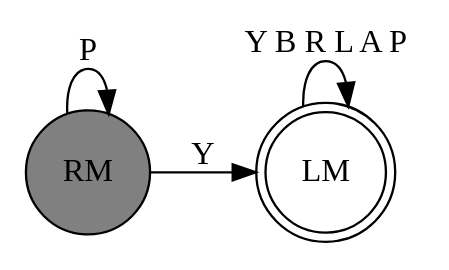
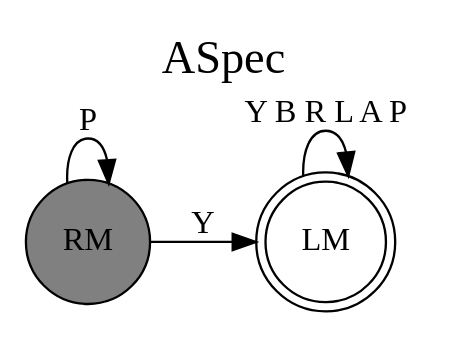
One commit to civl-verifier/civl-dev changed the diagram in YSA/A.dot. Above: the diagram before and after it, drawn with Graphviz. The commit also changed 9 other files, not shown here.

```diff
--- a/YSA/A.dot
+++ b/YSA/A.dot
@@ -1,8 +1,11 @@
 digraph g {
+label="ASpec";
+labelloc=top;
+fontsize=20;
 rankdir=LR;
 RM[shape=circle, style=filled, fillcolor=gray];
 LM[shape=doublecircle];
 RM -> LM [label=Y];
 LM -> LM [label="Y B R L A P"];
 RM -> RM [label=P];
 }
```
